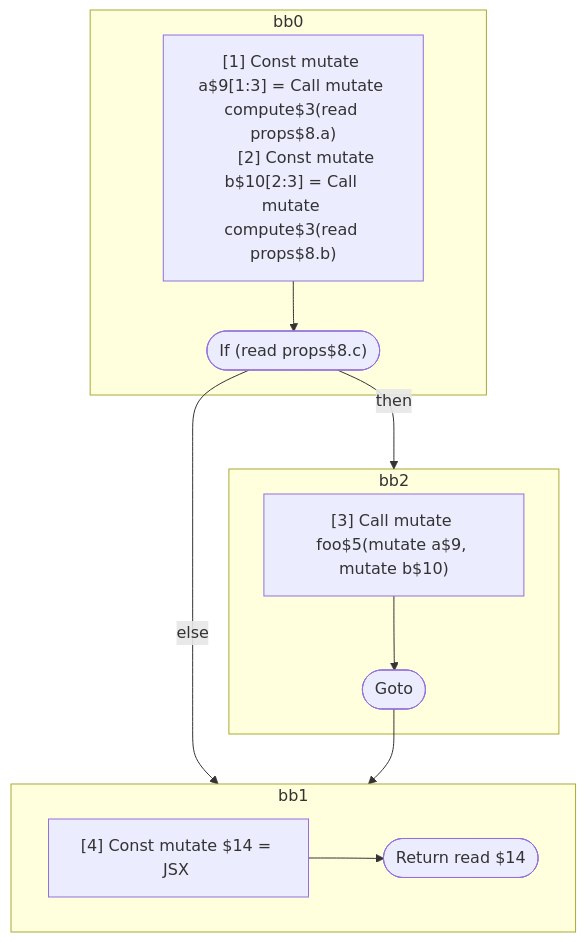
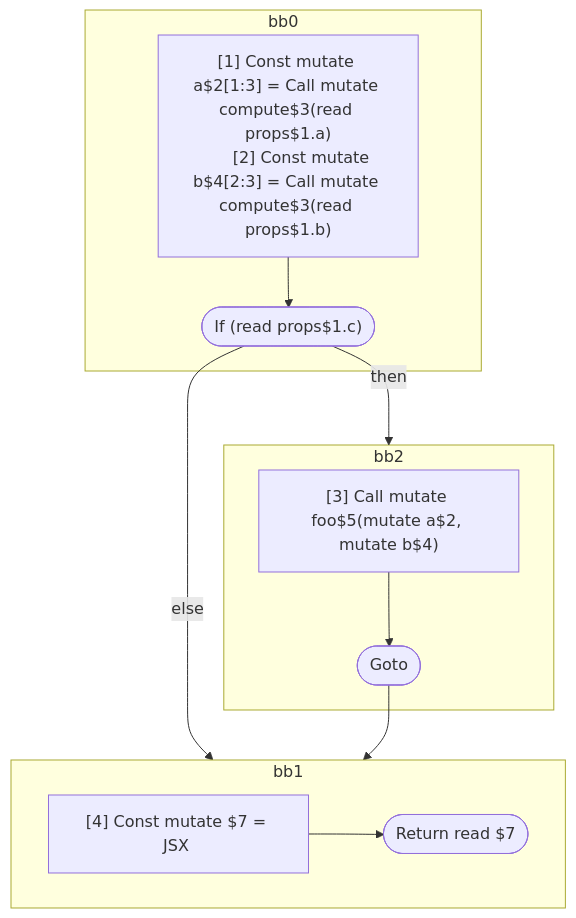
The fourth of 4 diagrams in compiler/forget/src/__tests__/fixtures/hir/interdependent-across-if.expect.md (wutsmog/private), drawn with Mermaid before and after one commit. The commit also changed other lines of this file and 57 other files, not shown here.

````diff
--- a/compiler/forget/src/__tests__/fixtures/hir/interdependent-across-if.expect.md
+++ b/compiler/forget/src/__tests__/fixtures/hir/interdependent-across-if.expect.md
@@ -133,29 +133,29 @@
 ```mermaid
 flowchart TB
   %% Basic Blocks
   subgraph bb0
     bb0_instrs["
-      [1] Const mutate a$9[1:3] = Call mutate compute$3(read props$8.a)
-      [2] Const mutate b$10[2:3] = Call mutate compute$3(read props$8.b)
+      [1] Const mutate a$2[1:3] = Call mutate compute$3(read props$1.a)
+      [2] Const mutate b$4[2:3] = Call mutate compute$3(read props$1.b)
     "]
-    bb0_instrs --> bb0_terminal(["If (read props$8.c)"])
+    bb0_instrs --> bb0_terminal(["If (read props$1.c)"])
   end
   subgraph bb2
     bb2_instrs["
-      [3] Call mutate foo$5(mutate a$9, mutate b$10)
+      [3] Call mutate foo$5(mutate a$2, mutate b$4)
     "]
     bb2_instrs --> bb2_terminal(["Goto"])
   end
   subgraph bb1
     bb1_instrs["
-      [4] Const mutate $14 = JSX <read Foo$6 a={freeze a$9} b={freeze b$10} ></read Foo$6>
+      [4] Const mutate $7 = JSX <read Foo$6 a={freeze a$2} b={freeze b$4} ></read Foo$6>
     "]
-    bb1_instrs --> bb1_terminal(["Return read $14"])
+    bb1_instrs --> bb1_terminal(["Return read $7"])
   end
 
   %% Jumps
   bb0_terminal -- then --> bb2
   bb0_terminal -- else --> bb1
   bb2_terminal --> bb1
 
 ```
````
